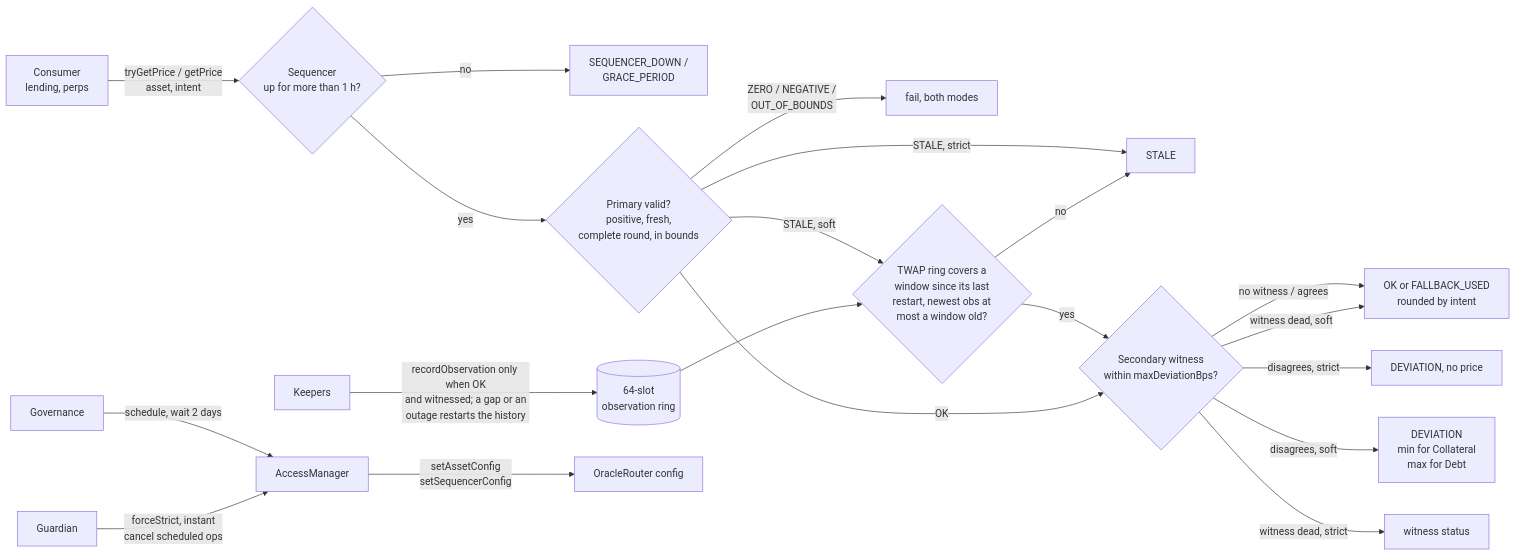
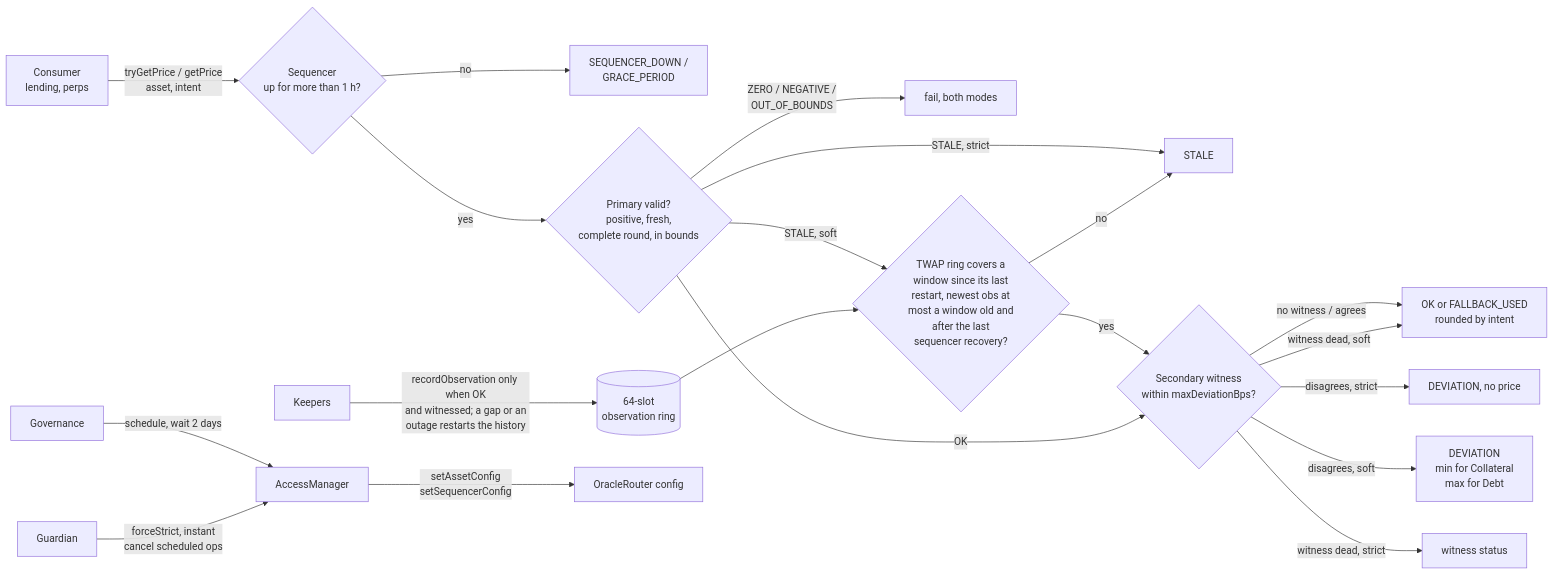
One commit to monzon1985/blockchain changed the diagram in projects/01-resilient-oracle-router/README.md. Above: the diagram before and after it, drawn with Mermaid. The commit also changed other lines of this file and 9 other files, not shown here.

First line of the commit message:
fix(01): never serve a pre-outage TWAP after an L2 sequencer recovery

````diff
--- a/projects/01-resilient-oracle-router/README.md
+++ b/projects/01-resilient-oracle-router/README.md
@@ -66,21 +66,21 @@
 ```mermaid
 flowchart LR
     C[Consumer<br/>lending, perps] -->|tryGetPrice / getPrice<br/>asset, intent| S{Sequencer<br/>up for more than 1 h?}
     S -- no --> F1[SEQUENCER_DOWN /<br/>GRACE_PERIOD]
     S -- yes --> P{Primary valid?<br/>positive, fresh,<br/>complete round, in bounds}
     P -- ZERO / NEGATIVE /<br/>OUT_OF_BOUNDS --> F2[fail, both modes]
     P -- STALE, strict --> F3[STALE]
-    P -- STALE, soft --> T{TWAP ring covers a<br/>window since its last<br/>restart, newest obs at<br/>most a window old?}
+    P -- STALE, soft --> T{TWAP ring covers a<br/>window since its last<br/>restart, newest obs at<br/>most a window old and<br/>after the last<br/>sequencer recovery?}
     T -- no --> F3
     T -- yes --> B
     P -- OK --> B{Secondary witness<br/>within maxDeviationBps?}
     B -- no witness / agrees --> OK[OK or FALLBACK_USED<br/>rounded by intent]
     B -- disagrees, strict --> F4[DEVIATION, no price]
     B -- disagrees, soft --> CS[DEVIATION<br/>min for Collateral<br/>max for Debt]
     B -- witness dead, strict --> F5[witness status]
     B -- witness dead, soft --> OK
     K[Keepers] -->|recordObservation only when OK<br/>and witnessed; a gap or an<br/>outage restarts the history| R[(64-slot<br/>observation ring)]
     R --> T
     G[Governance] -->|schedule, wait 2 days| AM[AccessManager] -->|setAssetConfig<br/>setSequencerConfig| RT[OracleRouter config]
     GD[Guardian] -->|forceStrict, instant<br/>cancel scheduled ops| AM
 ```
````
